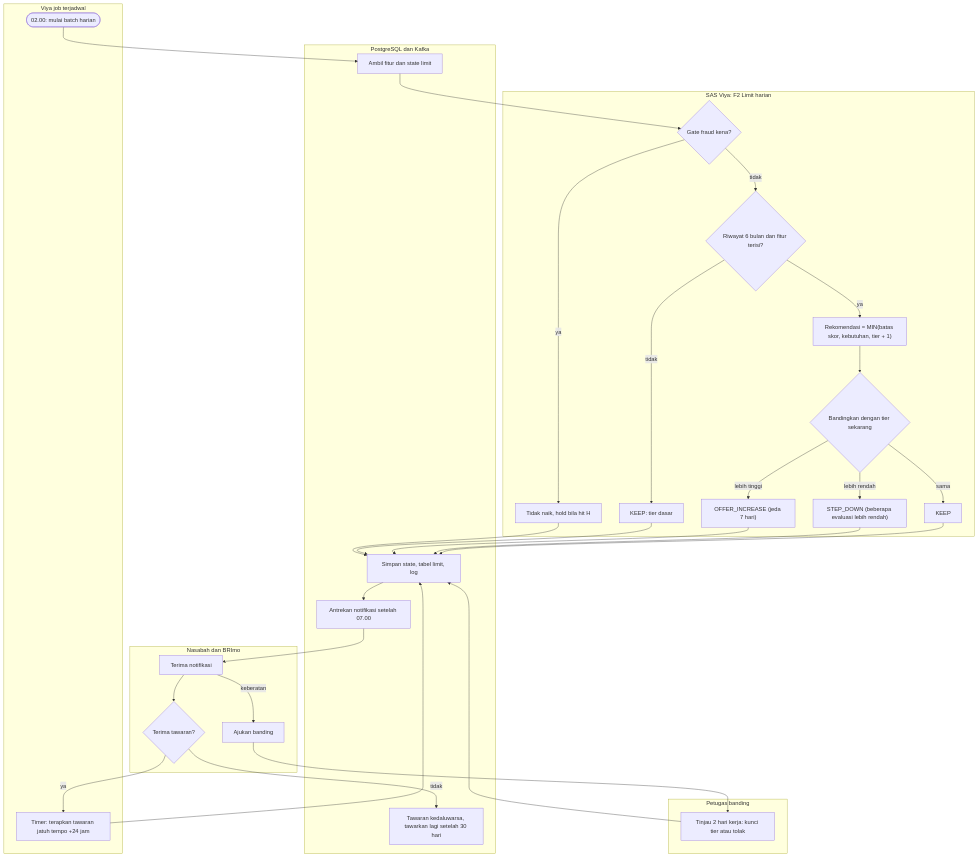
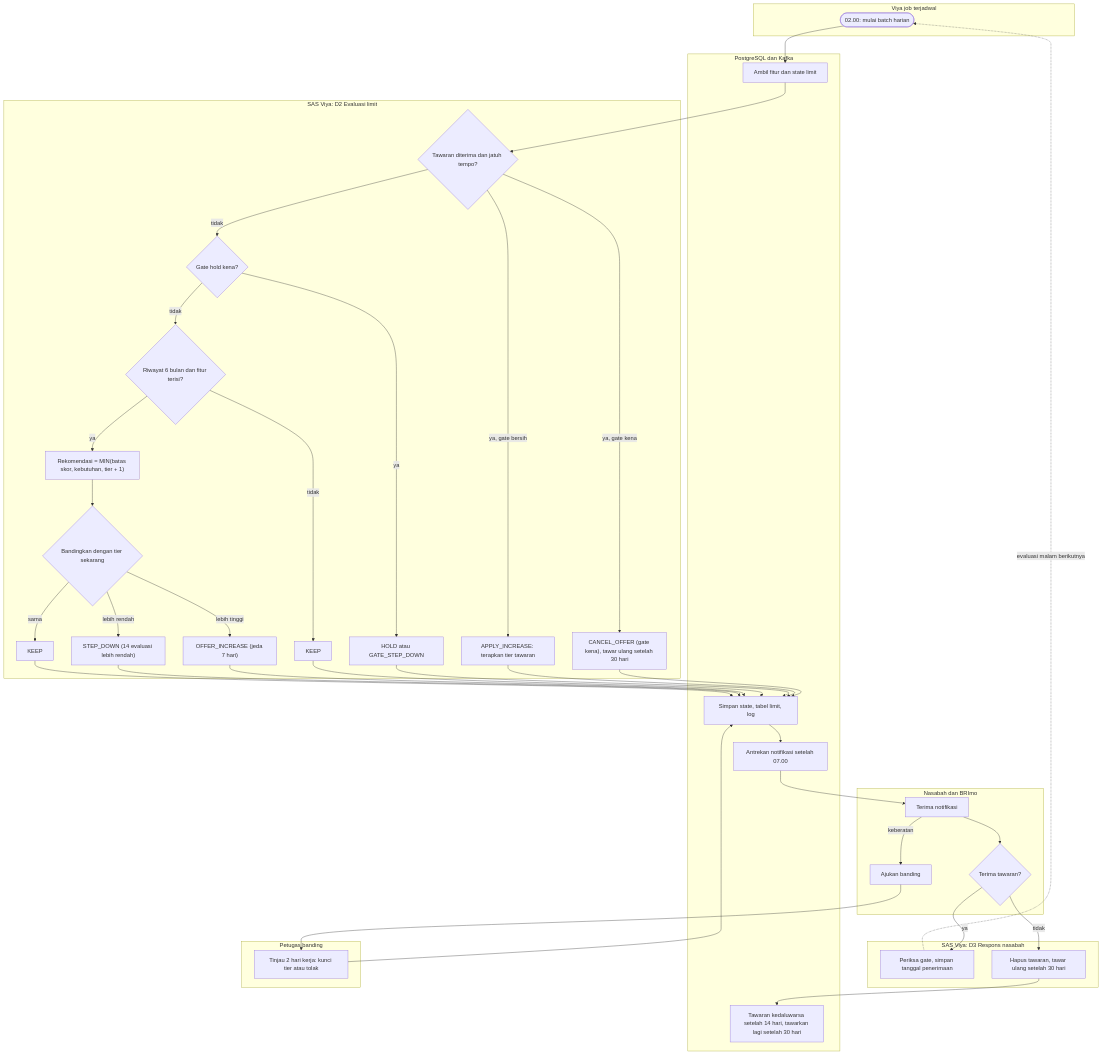
The ninth of 9 diagrams in docs/DIAGRAMS.md (afintchtr/sashckton-gearup), drawn with Mermaid before and after one commit. The commit also changed other lines of this file and 8 other files, not shown here.

First line of the commit message:
Docs: add decision flow specification (D1-D3) and align all docs

````diff
--- a/docs/DIAGRAMS.md
+++ b/docs/DIAGRAMS.md
@@ -290,50 +305,62 @@
 ```mermaid
 flowchart TB
     subgraph JD["Viya job terjadwal"]
         j1(["02.00: mulai batch harian"])
-        j2["Timer: terapkan tawaran jatuh tempo +24 jam"]
     end
-    subgraph VY["SAS Viya: F2 Limit harian"]
-        v1{"Gate fraud kena?"}
-        v2["Tidak naik, hold bila hit H"]
+    subgraph VY["SAS Viya: D2 Evaluasi limit"]
+        v0{"Tawaran diterima dan jatuh tempo?"}
+        v2a["CANCEL_OFFER (gate kena), tawar ulang setelah 30 hari"]
+        v10["APPLY_INCREASE: terapkan tier tawaran"]
+        v1{"Gate hold kena?"}
+        v2["HOLD atau GATE_STEP_DOWN"]
         v3{"Riwayat 6 bulan dan fitur terisi?"}
-        v4["KEEP: tier dasar"]
+        v4["KEEP"]
         v5["Rekomendasi = MIN(batas skor, kebutuhan, tier + 1)"]
         v6{"Bandingkan dengan tier sekarang"}
         v7["OFFER_INCREASE (jeda 7 hari)"]
-        v8["STEP_DOWN (beberapa evaluasi lebih rendah)"]
+        v8["STEP_DOWN (14 evaluasi lebih rendah)"]
         v9["KEEP"]
     end
     subgraph DT["PostgreSQL dan Kafka"]
         p1["Ambil fitur dan state limit"]
         p2["Simpan state, tabel limit, log"]
         p3["Antrekan notifikasi setelah 07.00"]
-        p4["Tawaran kedaluwarsa, tawarkan lagi setelah 30 hari"]
+        p4["Tawaran kedaluwarsa setelah 14 hari, tawarkan lagi setelah 30 hari"]
     end
     subgraph NAS["Nasabah dan BRImo"]
         n1["Terima notifikasi"]
         n2{"Terima tawaran?"}
         n3["Ajukan banding"]
     end
+    subgraph D3["SAS Viya: D3 Respons nasabah"]
+        a1["Periksa gate, simpan tanggal penerimaan"]
+        a2["Hapus tawaran, tawar ulang setelah 30 hari"]
+    end
     subgraph OPS["Petugas banding"]
         o1["Tinjau 2 hari kerja: kunci tier atau tolak"]
     end
-    j1 --> p1 --> v1
+    j1 --> p1 --> v0
+    v0 -->|"ya, gate kena"| v2a
+    v0 -->|"ya, gate bersih"| v10
+    v0 -->|tidak| v1
     v1 -->|ya| v2
     v1 -->|tidak| v3
     v3 -->|tidak| v4
     v3 -->|ya| v5 --> v6
     v6 -->|lebih tinggi| v7
     v6 -->|lebih rendah| v8
     v6 -->|sama| v9
+    v2a --> p2
+    v10 --> p2
     v2 --> p2
     v4 --> p2
     v7 --> p2
     v8 --> p2
     v9 --> p2
     p2 --> p3 --> n1
     n1 --> n2
-    n2 -->|ya| j2 --> p2
-    n2 -->|tidak| p4
+    n2 -->|ya| a1
+    a1 -.->|evaluasi malam berikutnya| j1
+    n2 -->|tidak| a2 --> p4
     n1 -->|keberatan| n3 --> o1 --> p2
 ```
````
